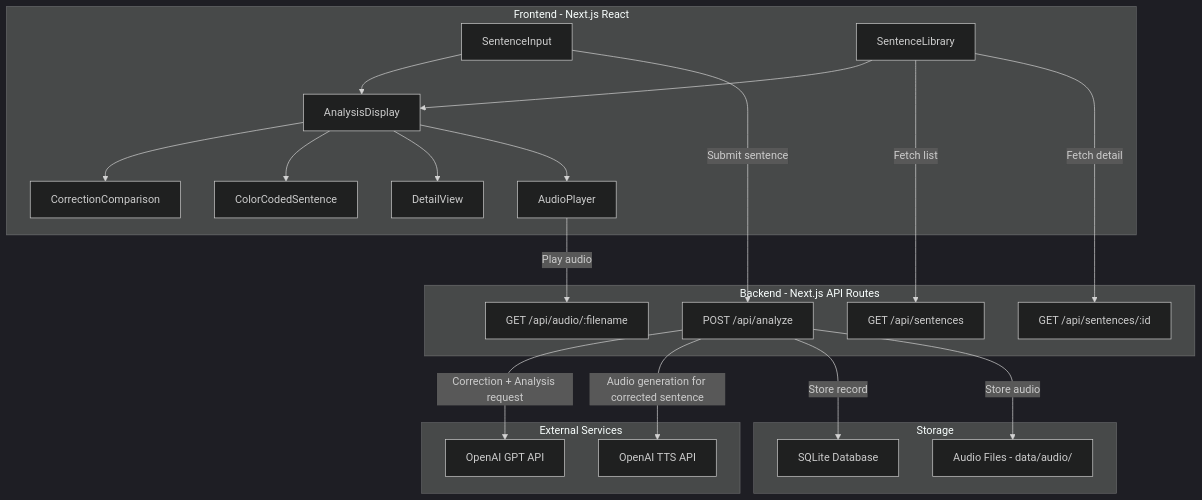
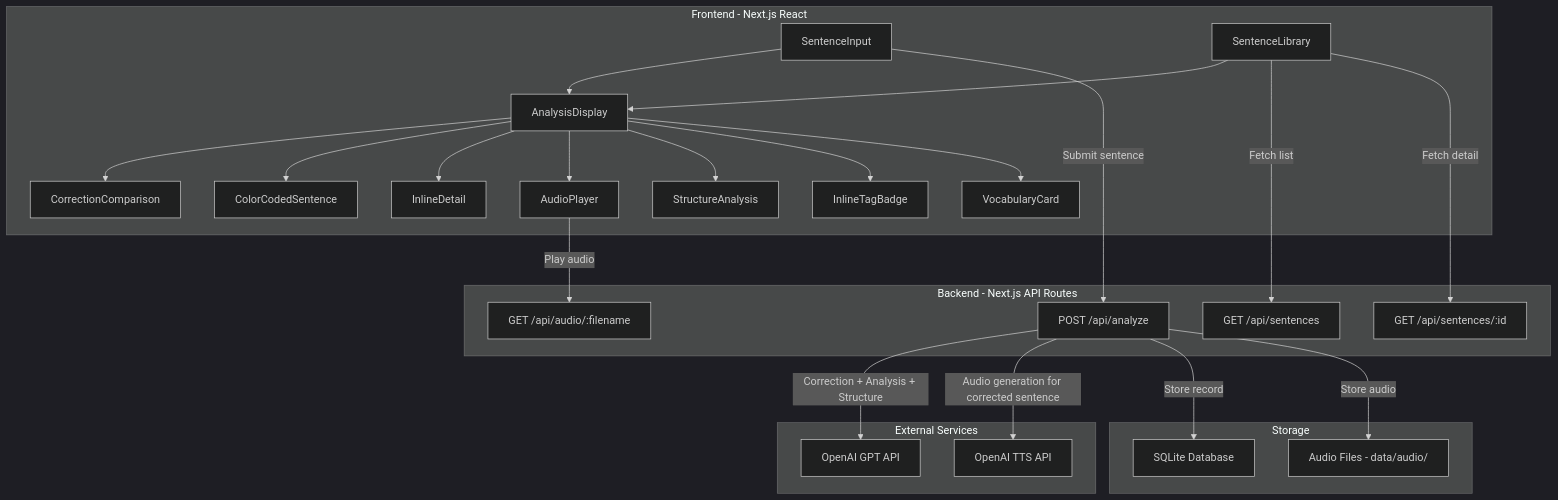
Before and after one commit to Djctionary/english-master: the second of 3 diagrams in .kiro/specs/sentence-learning/design.md, drawn with Mermaid (dark theme). The commit also changed other lines of this file and 16 other files, not shown here.

First line of the commit message:
Add deep-structure analysis, CET-4 vocab & UI fixes

````diff
--- a/.kiro/specs/sentence-learning/design.md
+++ b/.kiro/specs/sentence-learning/design.md
@@ -15,37 +43,40 @@
 ```mermaid
 graph TB
     subgraph Frontend - Next.js React
         A[SentenceInput] --> B[AnalysisDisplay]
         B --> CC[CorrectionComparison]
         B --> C[ColorCodedSentence]
-        B --> D[DetailView]
+        B --> D[InlineDetail]
         B --> E[AudioPlayer]
+        B --> SA[StructureAnalysis]
+        B --> ITB[InlineTagBadge]
+        B --> VC[VocabularyCard]
         F[SentenceLibrary] --> B
     end
 
     subgraph Backend - Next.js API Routes
         G[POST /api/analyze]
         H[GET /api/sentences]
         I[GET /api/sentences/:id]
         J[GET /api/audio/:filename]
     end
 
     subgraph External Services
         K[OpenAI GPT API]
         L[OpenAI TTS API]
     end
 
     subgraph Storage
         M[SQLite Database]
         N[Audio Files - data/audio/]
     end
 
     A -->|Submit sentence| G
-    G -->|Correction + Analysis request| K
+    G -->|Correction + Analysis + Structure| K
     G -->|Audio generation for corrected sentence| L
     G -->|Store record| M
     G -->|Store audio| N
     F -->|Fetch list| H
     F -->|Fetch detail| I
     E -->|Play audio| J
 ```
````
